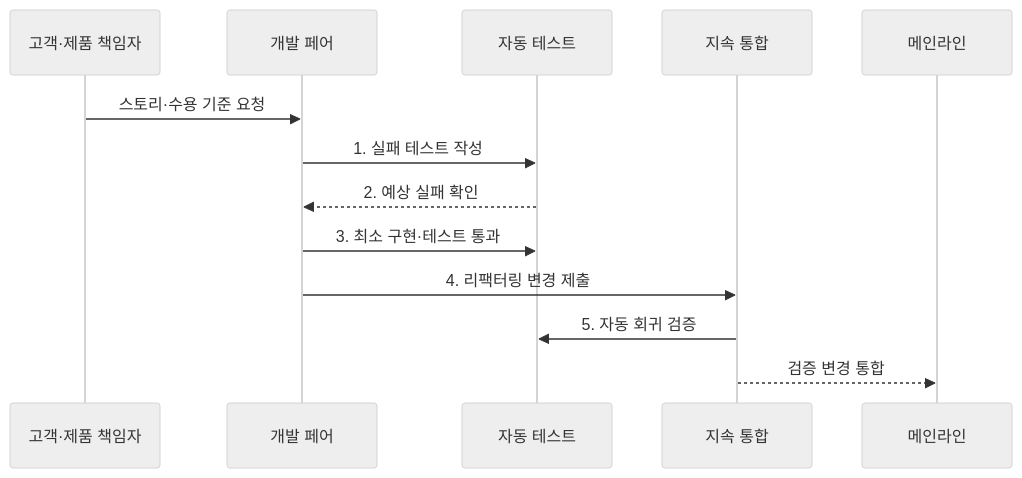
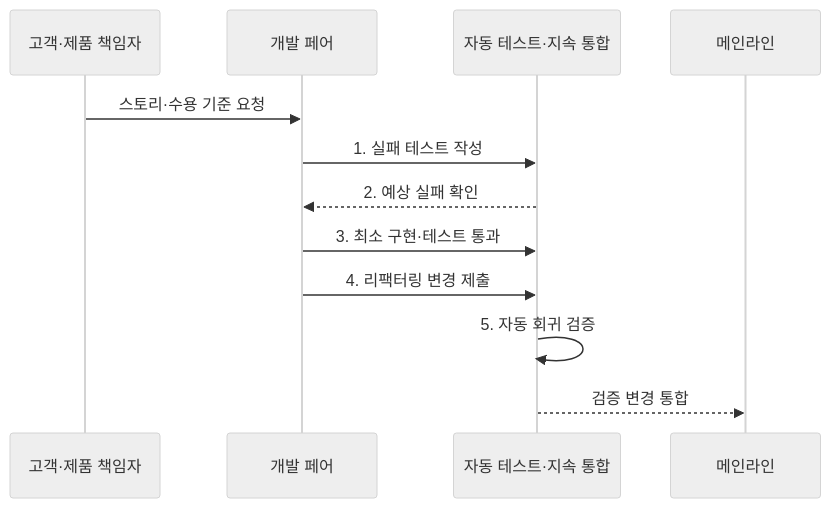
One commit to agnusdei1207/knowledge-base changed the second of 2 diagrams in src/content/docs/notes/03-software/034_extreme_programming.md. Above: the diagram before and after it, drawn with Mermaid (neutral theme). The commit also changed 6 other files, not shown here.

Commit message:
Trim software design diagram actors

````diff
--- a/src/content/docs/notes/03-software/034_extreme_programming.md
+++ b/src/content/docs/notes/03-software/034_extreme_programming.md
@@ -102,16 +102,15 @@
 ```mermaid
 sequenceDiagram
     participant C as 고객·제품 책임자
     participant P as 개발 페어
-    participant T as 자동 테스트
-    participant I as 지속 통합
+    participant I as 자동 테스트·지속 통합
     participant M as 메인라인
 
     C->>P: 스토리·수용 기준 요청
-    P->>T: 1. 실패 테스트 작성
-    T-->>P: 2. 예상 실패 확인
-    P->>T: 3. 최소 구현·테스트 통과
+    P->>I: 1. 실패 테스트 작성
+    I-->>P: 2. 예상 실패 확인
+    P->>I: 3. 최소 구현·테스트 통과
     P->>I: 4. 리팩터링 변경 제출
-    I->>T: 5. 자동 회귀 검증
+    I->>I: 5. 자동 회귀 검증
     I-->>M: 검증 변경 통합
 ```
````
